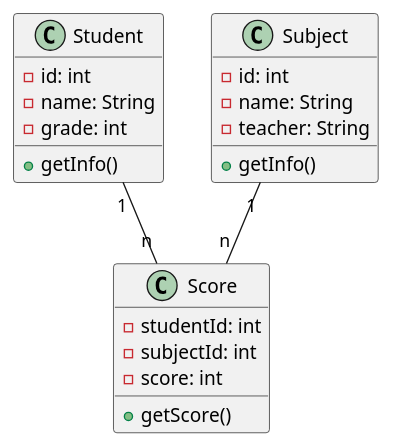
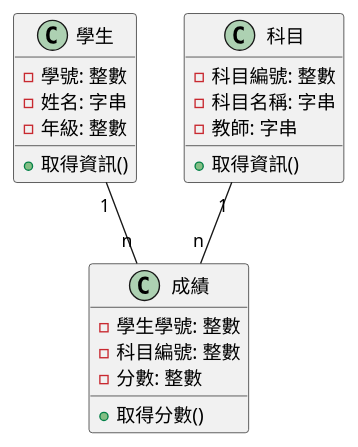
One commit to fine5351/info-sync changed the second of 3 diagrams in doc/learning/architecture/normalization_denormalization_tutorial.md. Above: the diagram before and after it, drawn with PlantUML. The commit also changed other lines of this file and 35 other files, not shown here.

````diff
--- a/doc/learning/architecture/normalization_denormalization_tutorial.md
+++ b/doc/learning/architecture/normalization_denormalization_tutorial.md
@@ -185,27 +185,27 @@
 ```plantuml
 @startuml
-class Student {
-    - id: int
-    - name: String
-    - grade: int
-    + getInfo()
+class 學生 {
+    - 學號: 整數
+    - 姓名: 字串
+    - 年級: 整數
+    + 取得資訊()
 }
 
-class Subject {
-    - id: int
-    - name: String
-    - teacher: String
-    + getInfo()
+class 科目 {
+    - 科目編號: 整數
+    - 科目名稱: 字串
+    - 教師: 字串
+    + 取得資訊()
 }
 
-class Score {
-    - studentId: int
-    - subjectId: int
-    - score: int
-    + getScore()
+class 成績 {
+    - 學生學號: 整數
+    - 科目編號: 整數
+    - 分數: 整數
+    + 取得分數()
 }
 
-Student "1" -- "n" Score
-Subject "1" -- "n" Score
+學生 "1" -- "n" 成績
+科目 "1" -- "n" 成績
 @enduml
 ```
````
